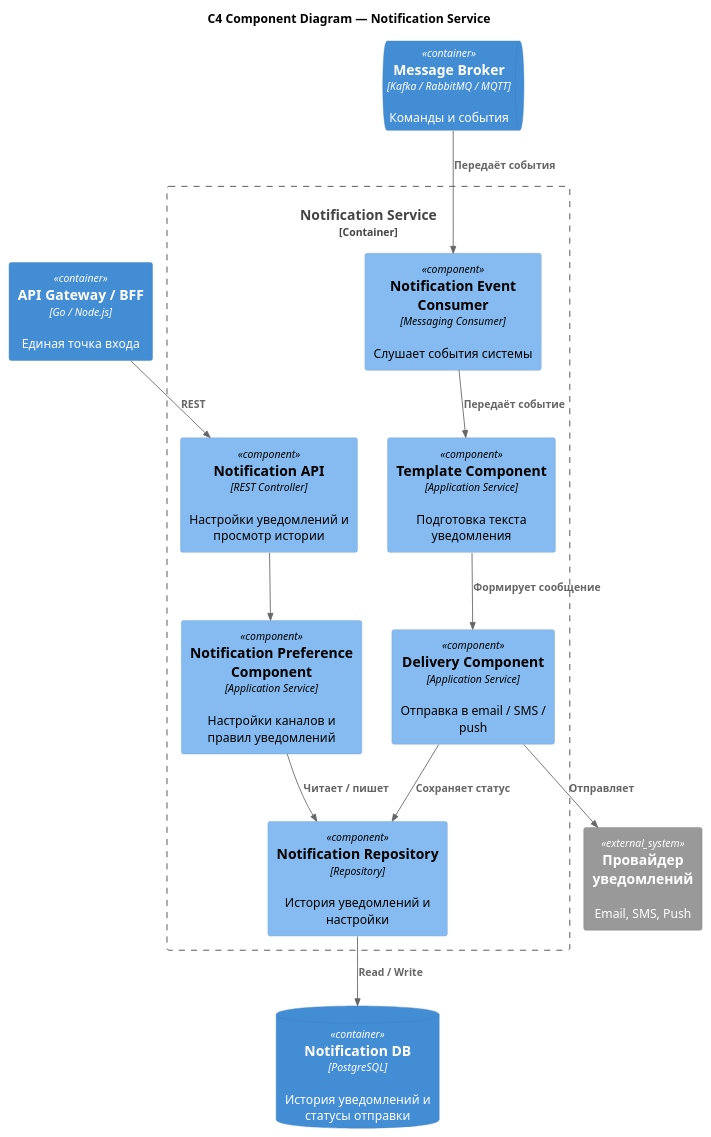
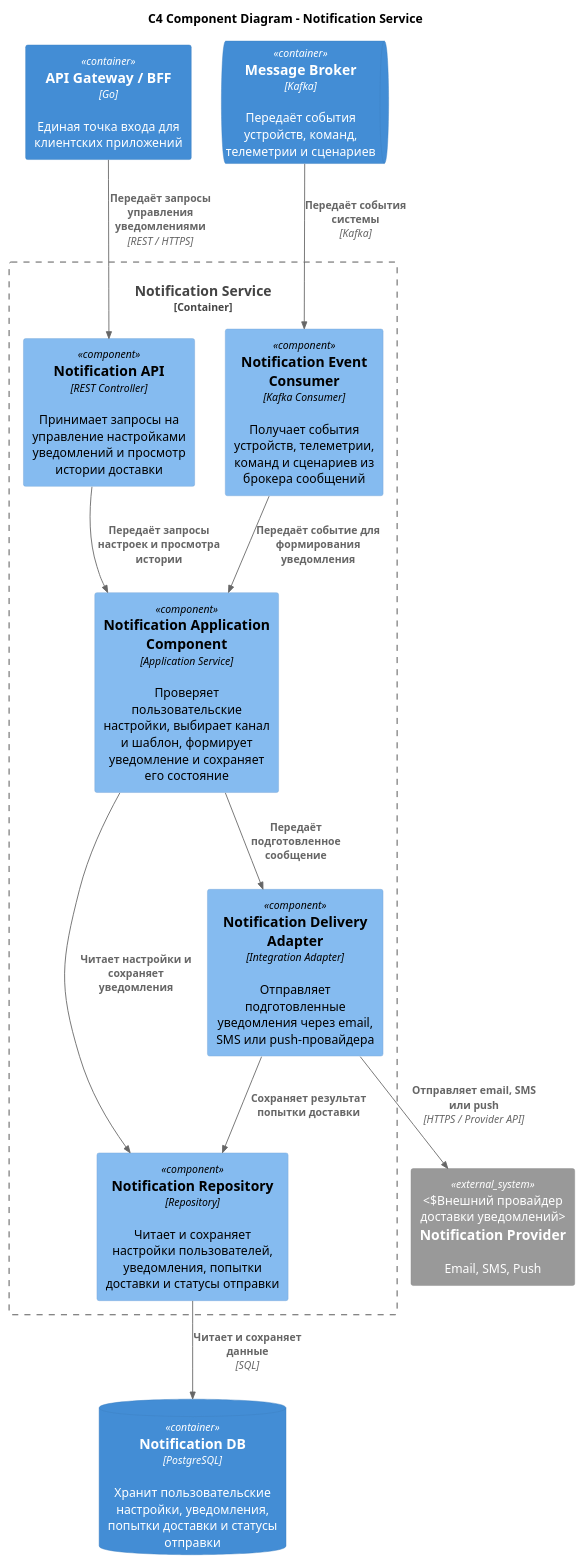
The diagram in diagrams/09-component-notification-service.puml (KristinaKurian/architecture-warmhouse), drawn with PlantUML before and after one commit. The commit also changed 12 other files, not shown here.

```diff
--- a/diagrams/09-component-notification-service.puml
+++ b/diagrams/09-component-notification-service.puml
@@ -1,32 +1,44 @@
 @startuml
 !include <C4/C4_Component>
 
-title C4 Component Diagram — Notification Service
+title C4 Component Diagram - Notification Service
 
 Container_Boundary(notificationService, "Notification Service") {
-    Component(notificationApi, "Notification API", "REST Controller", "Настройки уведомлений и просмотр истории")
-    Component(preferenceComponent, "Notification Preference Component", "Application Service", "Настройки каналов и правил уведомлений")
-    Component(eventConsumer, "Notification Event Consumer", "Messaging Consumer", "Слушает события системы")
-    Component(templateComponent, "Template Component", "Application Service", "Подготовка текста уведомления")
-    Component(deliveryComponent, "Delivery Component", "Application Service", "Отправка в email / SMS / push")
-    Component(notificationRepository, "Notification Repository", "Repository", "История уведомлений и настройки")
+    Component(notificationApi, "Notification API", "REST Controller", "Принимает запросы на управление настройками уведомлений и просмотр истории доставки")
+
+    Component(eventConsumer, "Notification Event Consumer", "Kafka Consumer", "Получает события устройств, телеметрии, команд и сценариев из брокера сообщений")
+
+    Component(notificationApplication, "Notification Application Component", "Application Service", "Проверяет пользовательские настройки, выбирает канал и шаблон, формирует уведомление и сохраняет его состояние")
+
+    Component(deliveryAdapter, "Notification Delivery Adapter", "Integration Adapter", "Отправляет подготовленные уведомления через email, SMS или push-провайдера")
+
+    Component(notificationRepository, "Notification Repository", "Repository", "Читает и сохраняет настройки пользователей, уведомления, попытки доставки и статусы отправки")
 }
 
-Container(apiGateway, "API Gateway / BFF", "Go / Node.js", "Единая точка входа")
-ContainerQueue(messageBroker, "Message Broker", "Kafka / RabbitMQ / MQTT", "Команды и события")
-System_Ext(notificationProvider, "Провайдер уведомлений", "Email, SMS, Push")
-ContainerDb(notificationDb, "Notification DB", "PostgreSQL", "История уведомлений и статусы отправки")
+Container(apiGateway, "API Gateway / BFF", "Go", "Единая точка входа для клиентских приложений")
 
-Rel(apiGateway, notificationApi, "REST")
-Rel(notificationApi, preferenceComponent, "")
-Rel(preferenceComponent, notificationRepository, "Читает / пишет")
+ContainerQueue(messageBroker, "Message Broker", "Kafka", "Передаёт события устройств, команд, телеметрии и сценариев")
 
-Rel(messageBroker, eventConsumer, "Передаёт события")
-Rel(eventConsumer, templateComponent, "Передаёт событие")
-Rel(templateComponent, deliveryComponent, "Формирует сообщение")
-Rel(deliveryComponent, notificationProvider, "Отправляет")
+System_Ext(notificationProvider, "Notification Provider", "Email, SMS, Push", "Внешний провайдер доставки уведомлений")
 
-Rel(deliveryComponent, notificationRepository, "Сохраняет статус")
-Rel(notificationRepository, notificationDb, "Read / Write")
+ContainerDb(notificationDb, "Notification DB", "PostgreSQL", "Хранит пользовательские настройки, уведомления, попытки доставки и статусы отправки")
+
+Rel(apiGateway, notificationApi, "Передаёт запросы управления уведомлениями", "REST / HTTPS")
+
+Rel(notificationApi, notificationApplication, "Передаёт запросы настроек и просмотра истории")
+
+Rel(messageBroker, eventConsumer, "Передаёт события системы", "Kafka")
+
+Rel(eventConsumer, notificationApplication, "Передаёт событие для формирования уведомления")
+
+Rel(notificationApplication, notificationRepository, "Читает настройки и сохраняет уведомления")
+
+Rel(notificationApplication, deliveryAdapter, "Передаёт подготовленное сообщение")
+
+Rel(deliveryAdapter, notificationProvider, "Отправляет email, SMS или push", "HTTPS / Provider API")
+
+Rel(deliveryAdapter, notificationRepository, "Сохраняет результат попытки доставки")
+
+Rel(notificationRepository, notificationDb, "Читает и сохраняет данные", "SQL")
 
 @enduml
```
